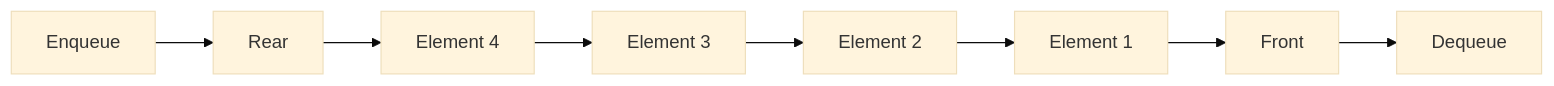
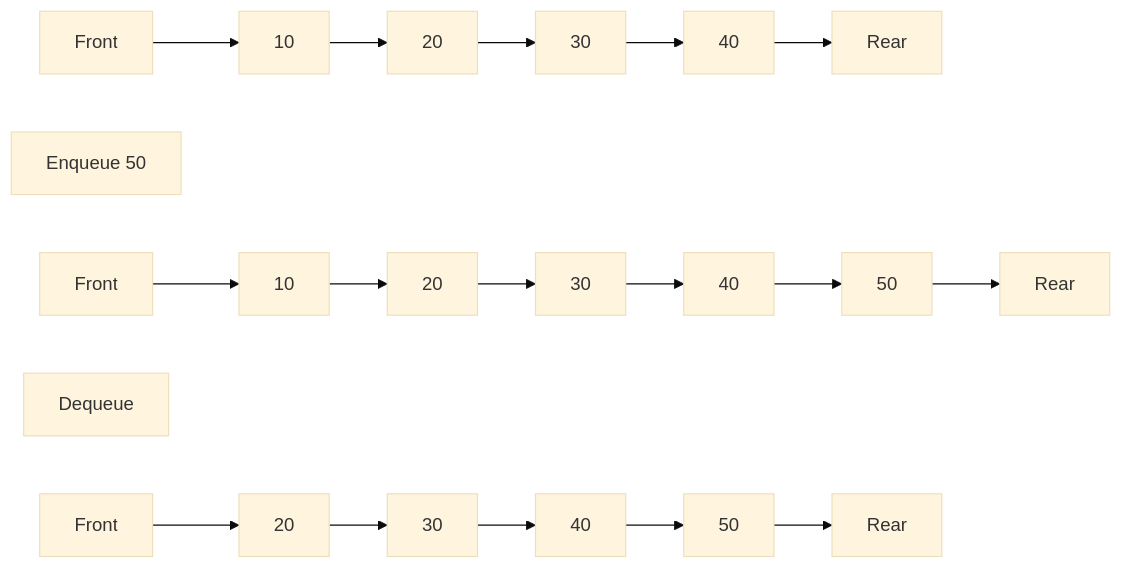
The second of 3 diagrams in src/content/soft-skills/dsa/bai-5.mdx (khieu-dv/vievlog), drawn with Mermaid (base theme) before and after one commit. The commit also changed other lines of this file and 8 other files, not shown here.

````diff
--- a/src/content/soft-skills/dsa/bai-5.mdx
+++ b/src/content/soft-skills/dsa/bai-5.mdx
@@ -185,11 +152,10 @@
 ```mermaid
 graph LR
-    A[Rear] --> B[Element 4]
-    B --> C[Element 3]
-    C --> D[Element 2]
-    D --> E[Element 1]
-    E --> F[Front]
-
-    G[Enqueue] --> A
-    F --> H[Dequeue]
+    A[Front] --> B[10] --> C[20] --> D[30] --> E[40] --> F[Rear]
+    
+    G[Enqueue 50] 
+    H[Front] --> I[10] --> J[20] --> K[30] --> L[40] --> M[50] --> N[Rear]
+    
+    O[Dequeue]
+    P[Front] --> Q[20] --> R[30] --> S[40] --> T[50] --> U[Rear]
 ```
````
